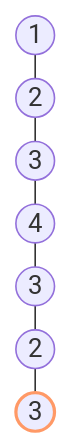
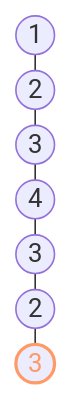
Before and after one commit to WestDRI/arc-training: diagram 19 of 32 in emacs/wb_ide_slides.qmd, drawn with Mermaid. The commit also changed other lines of this file, not shown here.

Commit message:
fix (more or less) all the mermaid diagrams that I had gone to poo due to new mermaid and quarto versions

````diff
--- a/emacs/wb_ide_slides.qmd
+++ b/emacs/wb_ide_slides.qmd
@@ -388,7 +411,8 @@
 ```{mermaid}
 %%| echo: false
-%%{init: { 'flowchart': {'rankSpacing':15} } }%%
+%%| fig-align: center
+%%{init: { 'flowchart': {'rankSpacing':10} } }%%
 flowchart TD
    1((1))---2((2))---3((3))---4((4))---5((3))---6((2))---7((3)):::current
-   classDef current stroke: #f96, stroke-width: 2px
+   classDef current stroke: #f96, stroke-width: 2px, color: #f96
 ```
````
